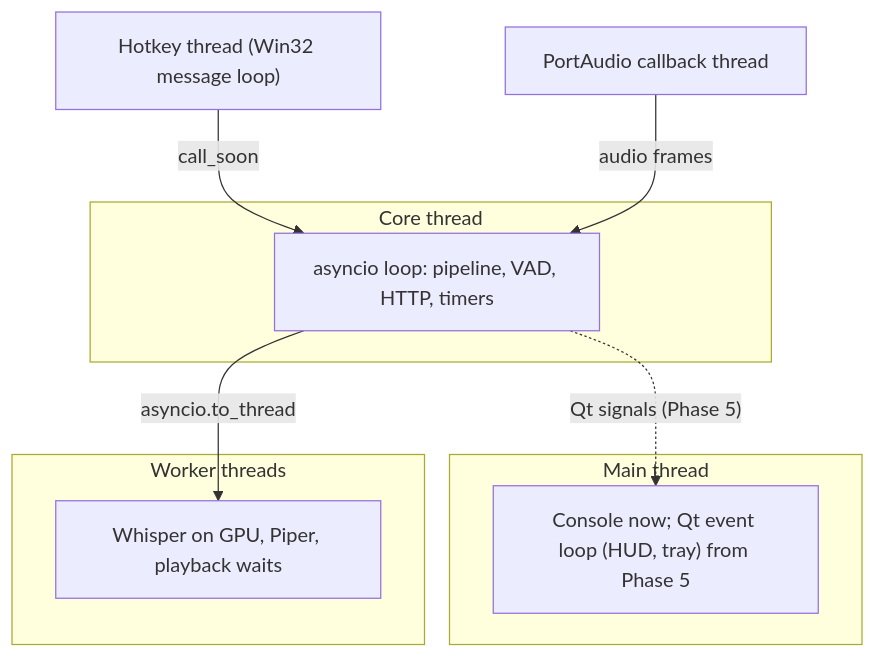
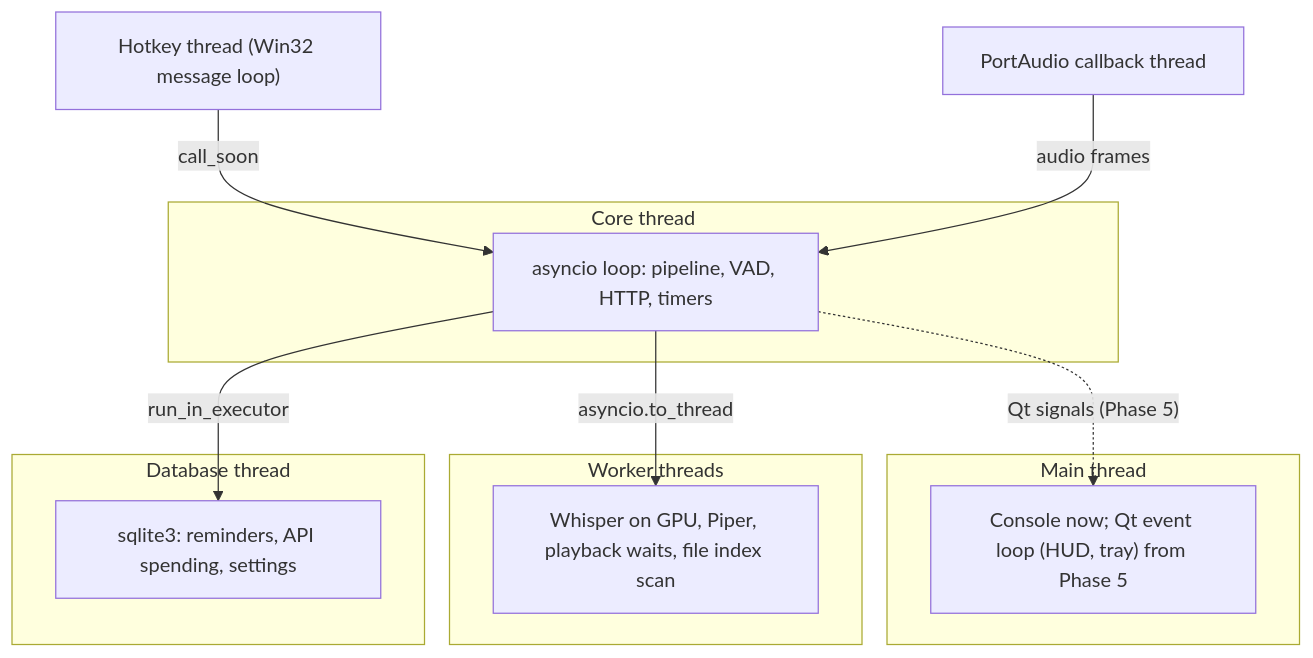
Before and after one commit to VitorCamprubi/jarvis: the fourth of 4 diagrams in docs/ARCHITECTURE.md, drawn with Mermaid. The commit also changed other lines of this file and 3 other files, not shown here.

````diff
--- a/docs/ARCHITECTURE.md
+++ b/docs/ARCHITECTURE.md
@@ -87,16 +128,20 @@
 ```mermaid
 flowchart TB
     subgraph main["Main thread"]
         HUD["Console now; Qt event loop (HUD, tray) from Phase 5"]
     end
     subgraph core["Core thread"]
         LOOP["asyncio loop: pipeline, VAD, HTTP, timers"]
     end
     subgraph pool["Worker threads"]
-        W["Whisper on GPU, Piper, playback waits"]
+        W["Whisper on GPU, Piper, playback waits, file index scan"]
+    end
+    subgraph db["Database thread"]
+        SQL["sqlite3: reminders, API spending, settings"]
     end
     HK["Hotkey thread (Win32 message loop)"] -- call_soon --> LOOP
     MIC["PortAudio callback thread"] -- audio frames --> LOOP
     LOOP -- "asyncio.to_thread" --> W
+    LOOP -- "run_in_executor" --> SQL
     LOOP -. "Qt signals (Phase 5)" .-> HUD
 ```
````
